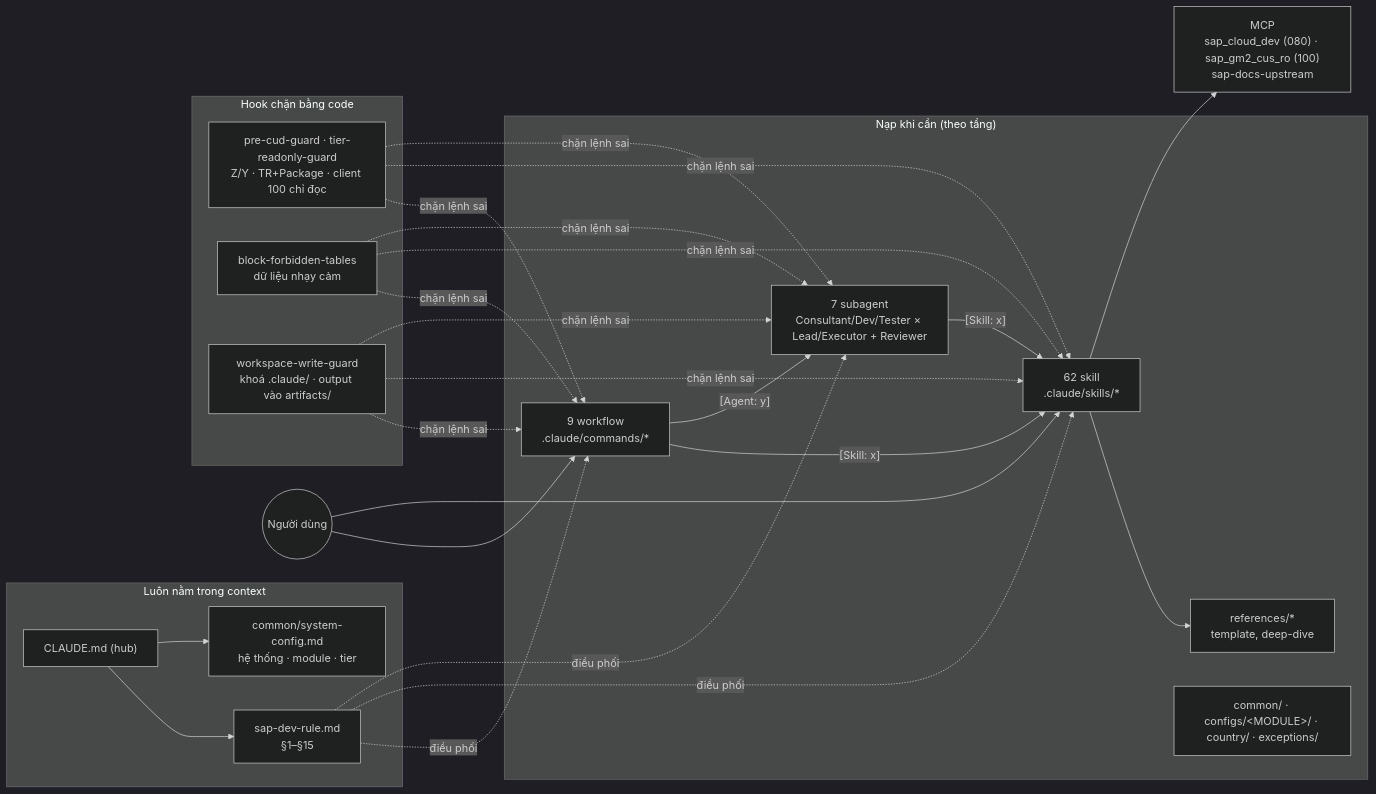
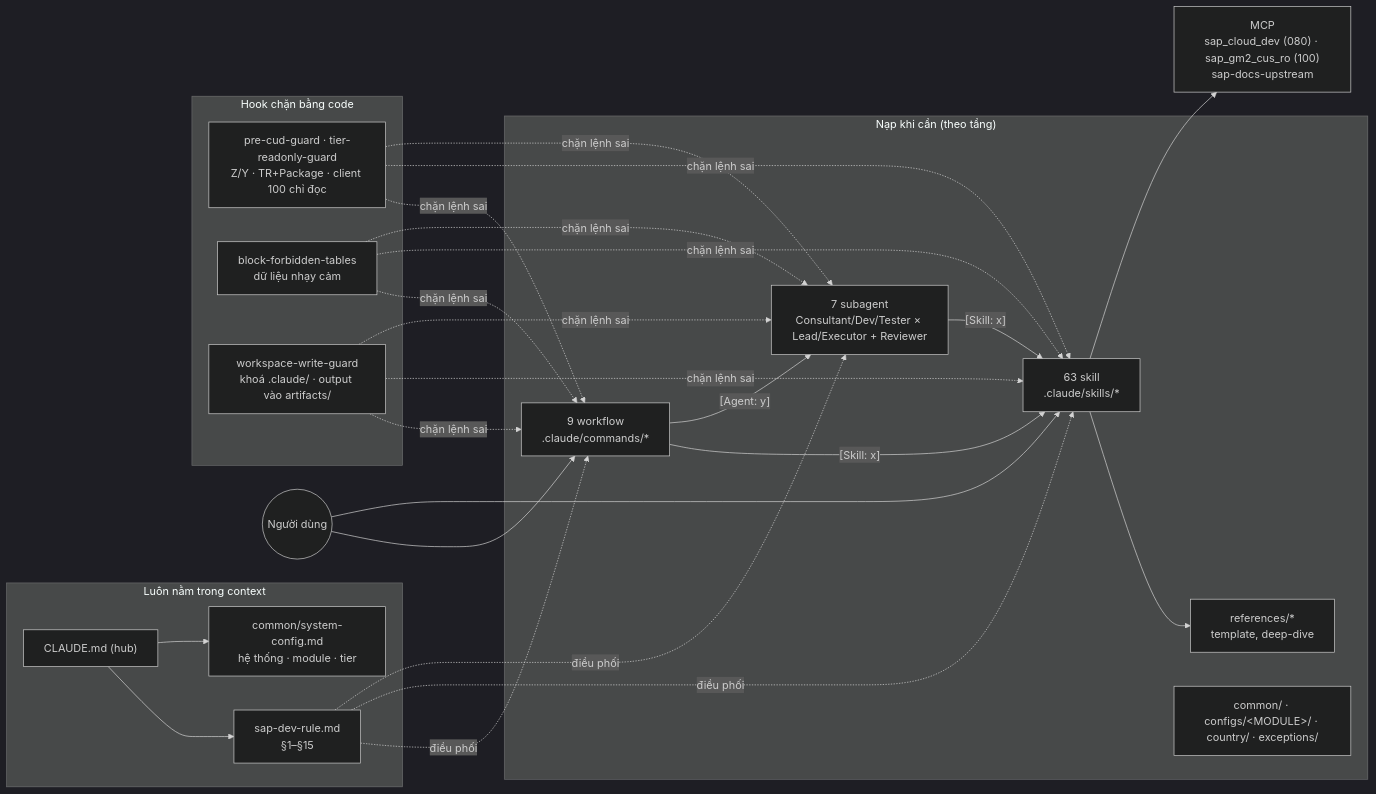
One commit to kienannh0403/sap_cloud_ai_workspace changed the first of 2 diagrams in README.md. Above: the diagram before and after it, drawn with Mermaid (dark theme). The commit also changed other lines of this file and 13 other files, not shown here.

````diff
--- a/README.md
+++ b/README.md
@@ -30,26 +30,26 @@
 ```mermaid
 flowchart LR
     subgraph CTX["Luôn nằm trong context"]
         CM["CLAUDE.md (hub)"] --> RULE["sap-dev-rule.md<br/>§1–§15"]
         CM --> CFG["common/system-config.md<br/>hệ thống · module · tier"]
     end
     subgraph ONDEMAND["Nạp khi cần (theo tầng)"]
-        SK["62 skill<br/>.claude/skills/*"] --> REF["references/*<br/>template, deep-dive"]
+        SK["63 skill<br/>.claude/skills/*"] --> REF["references/*<br/>template, deep-dive"]
         WF["9 workflow<br/>.claude/commands/*"]
         AG["7 subagent<br/>Consultant/Dev/Tester × Lead/Executor + Reviewer"]
         LAYER["common/ · configs/&lt;MODULE&gt;/ · country/ · exceptions/"]
     end
     subgraph ENFORCE["Hook chặn bằng code"]
         H1["pre-cud-guard · tier-readonly-guard<br/>Z/Y · TR+Package · client 100 chỉ đọc"]
         H2["block-forbidden-tables<br/>dữ liệu nhạy cảm"]
         H3["workspace-write-guard<br/>khoá .claude/ · output vào artifacts/"]
     end
     USER((Người dùng)) --> WF
     USER --> SK
     WF -->|"[Skill: x]"| SK
     WF -->|"[Agent: y]"| AG
     AG -->|"[Skill: x]"| SK
     RULE -.điều phối.-> WF & SK & AG
     H1 & H2 & H3 -.chặn lệnh sai.-> WF & SK & AG
     SK --> MCP["MCP<br/>sap_cloud_dev (080) · sap_gm2_cus_ro (100)<br/>sap-docs-upstream"]
 ```
````
